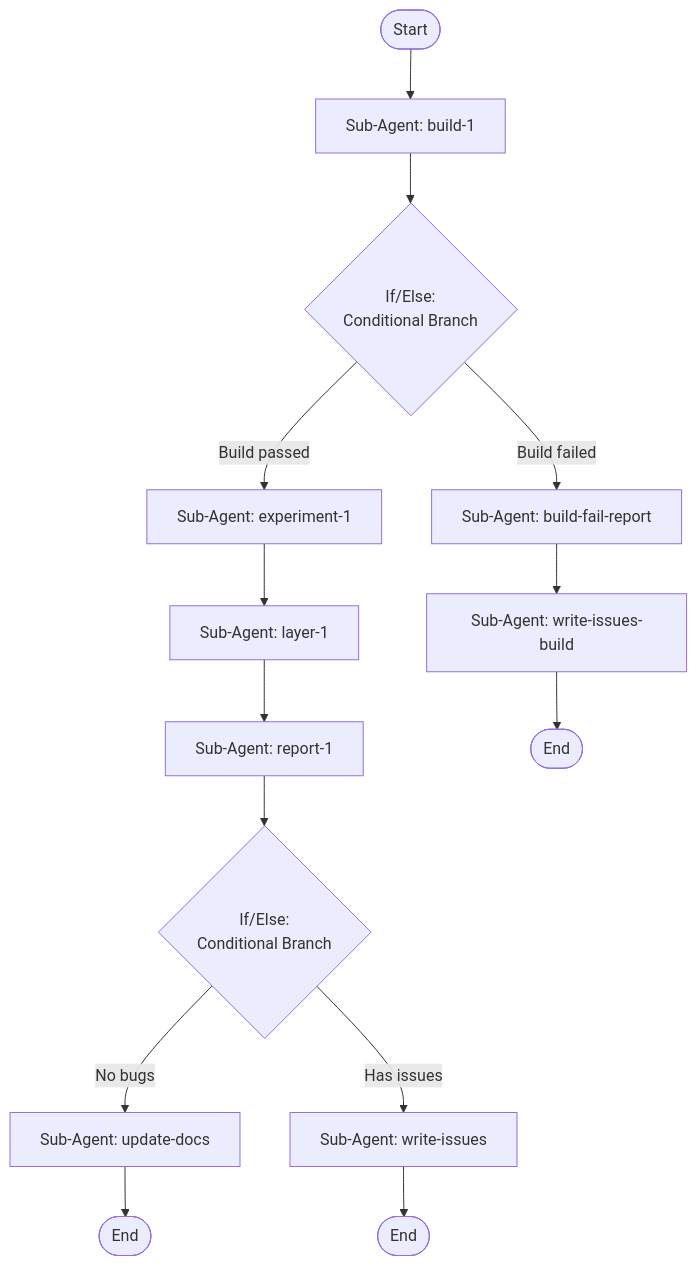
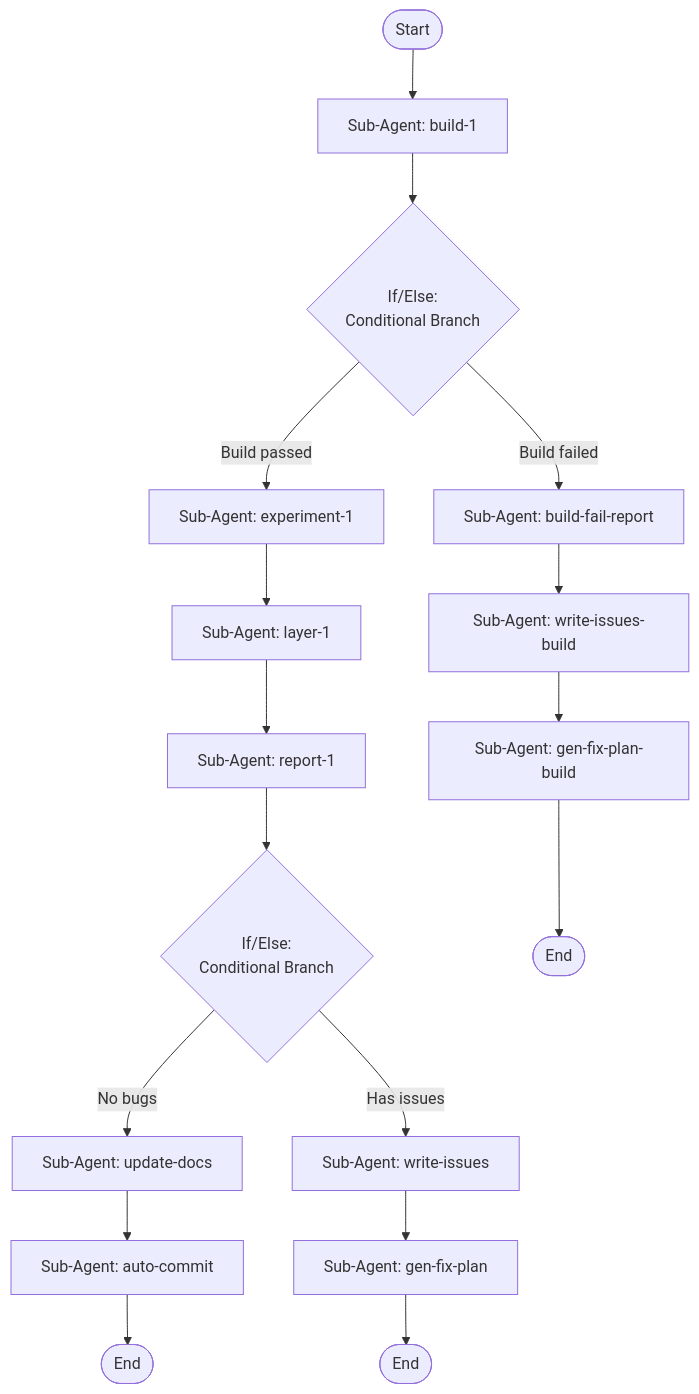
Before and after one commit to cherryfunk/NeSyCat-HaskTorch: the diagram in .claude/commands/nesycat-verify.md, drawn with Mermaid. The commit also changed other lines of this file and 7 other files, not shown here.

````diff
--- a/.claude/commands/nesycat-verify.md
+++ b/.claude/commands/nesycat-verify.md
@@ -4,31 +4,37 @@
 ```mermaid
 flowchart TD
     start-1([Start])
     build-1[Sub-Agent: build-1]
     if-build{If/Else:<br/>Conditional Branch}
     experiment-1[Sub-Agent: experiment-1]
     layer-1[Sub-Agent: layer-1]
     report-1[Sub-Agent: report-1]
     if-report{If/Else:<br/>Conditional Branch}
     update-docs[Sub-Agent: update-docs]
+    auto-commit[Sub-Agent: auto-commit]
     write-issues[Sub-Agent: write-issues]
+    gen-fix-plan[Sub-Agent: gen-fix-plan]
     write-issues-build[Sub-Agent: write-issues-build]
+    gen-fix-plan-build[Sub-Agent: gen-fix-plan-build]
+    build-fail-report[Sub-Agent: build-fail-report]
     end_ok([End])
     end_issues([End])
-    build-fail-report[Sub-Agent: build-fail-report]
     end_fail([End])
 
     start-1 --> build-1
     build-1 --> if-build
     if-build -->|Build passed| experiment-1
     if-build -->|Build failed| build-fail-report
     experiment-1 --> layer-1
     layer-1 --> report-1
     report-1 --> if-report
     if-report -->|No bugs| update-docs
     if-report -->|Has issues| write-issues
-    update-docs --> end_ok
-    write-issues --> end_issues
+    update-docs --> auto-commit
+    auto-commit --> end_ok
+    write-issues --> gen-fix-plan
+    gen-fix-plan --> end_issues
     build-fail-report --> write-issues-build
-    write-issues-build --> end_fail
+    write-issues-build --> gen-fix-plan-build
+    gen-fix-plan-build --> end_fail
 ```
````
